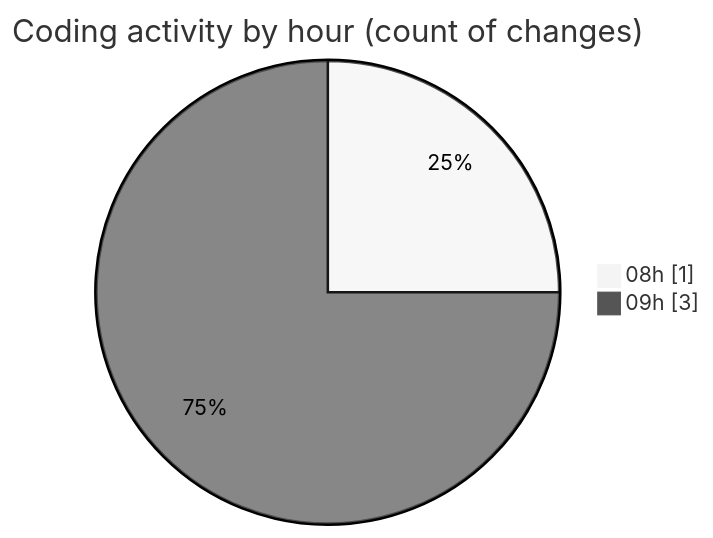
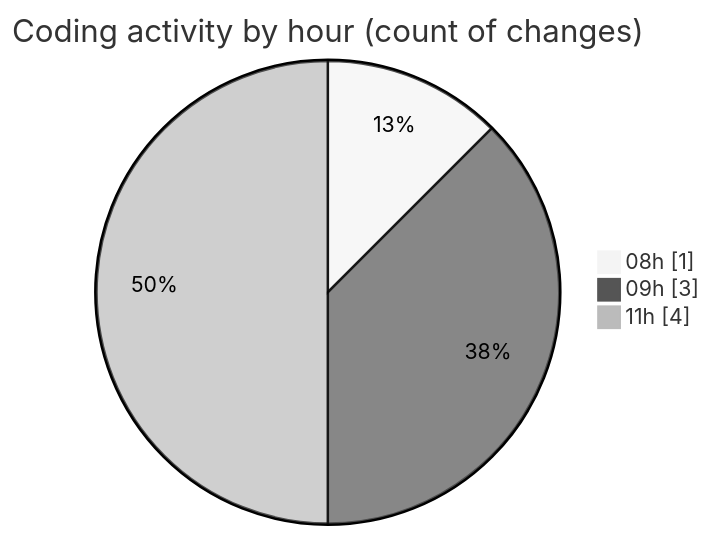
The second of 2 diagrams in 2025-11-04/cda/README.md (momahboobian/code-tracking), drawn with Mermaid (neutral theme) before and after one commit. The commit also changed other lines of this file and 1 other file, not shown here.

````diff
--- a/2025-11-04/cda/README.md
+++ b/2025-11-04/cda/README.md
@@ -30,6 +32,7 @@
 ```mermaid
 pie showData
 title Coding activity by hour (count of changes)
 "08h" : 1
 "09h" : 3
+"11h" : 4
 ```
````
